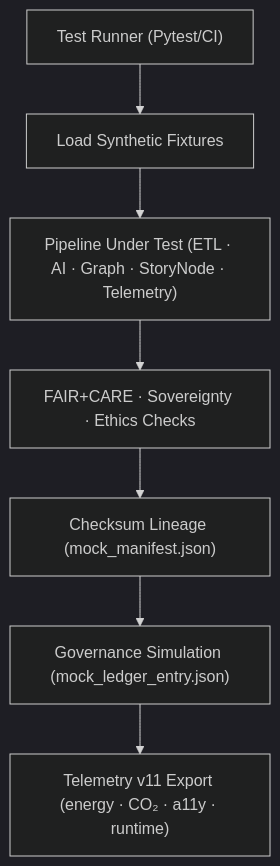
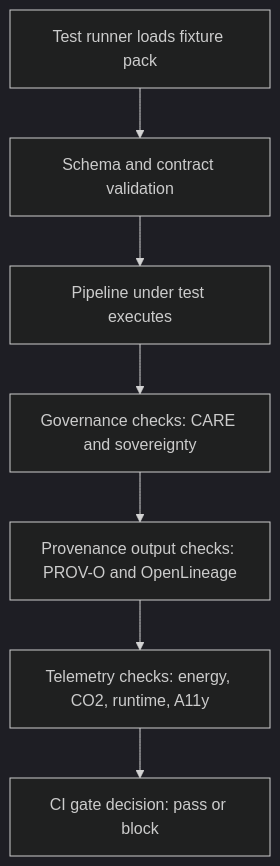
The diagram in tests/fixtures/README.md (bartytime4life/Kansas-Frontier-Matrix), drawn with Mermaid (dark theme) before and after one commit. The commit also changed other lines of this file, not shown here.

````diff
--- a/tests/fixtures/README.md
+++ b/tests/fixtures/README.md
@@ -109,9 +318,9 @@
-```mermaid
+~~~mermaid
 flowchart TD
-    A["Test Runner (Pytest/CI)"] --> B["Load Synthetic Fixtures"]
-    B --> C["Pipeline Under Test (ETL · AI · Graph · StoryNode · Telemetry)"]
-    C --> D["FAIR+CARE · Sovereignty · Ethics Checks"]
-    D --> E["Checksum Lineage (mock_manifest.json)"]
-    E --> F["Governance Simulation (mock_ledger_entry.json)"]
-    F --> G["Telemetry v11 Export (energy · CO₂ · a11y · runtime)"]
-```
+  A["Test runner loads fixture pack"] --> B["Schema and contract validation"]
+  B --> C["Pipeline under test executes"]
+  C --> D["Governance checks: CARE and sovereignty"]
+  D --> E["Provenance output checks: PROV-O and OpenLineage"]
+  E --> F["Telemetry checks: energy, CO2, runtime, A11y"]
+  F --> G["CI gate decision: pass or block"]
+~~~
````
